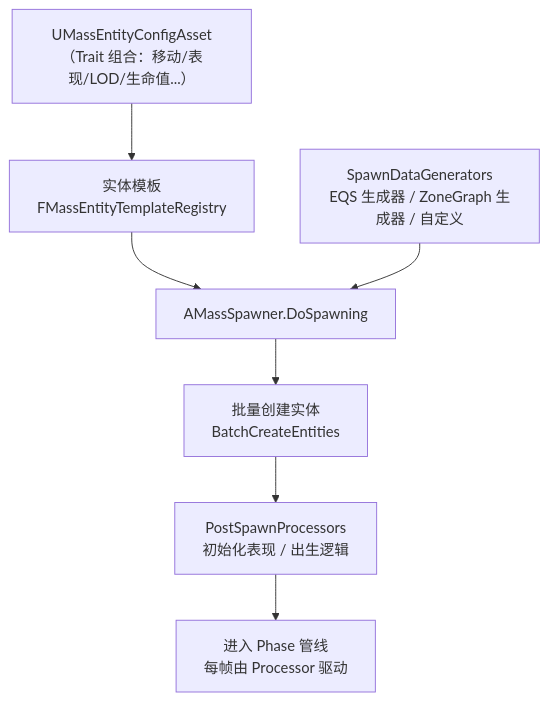
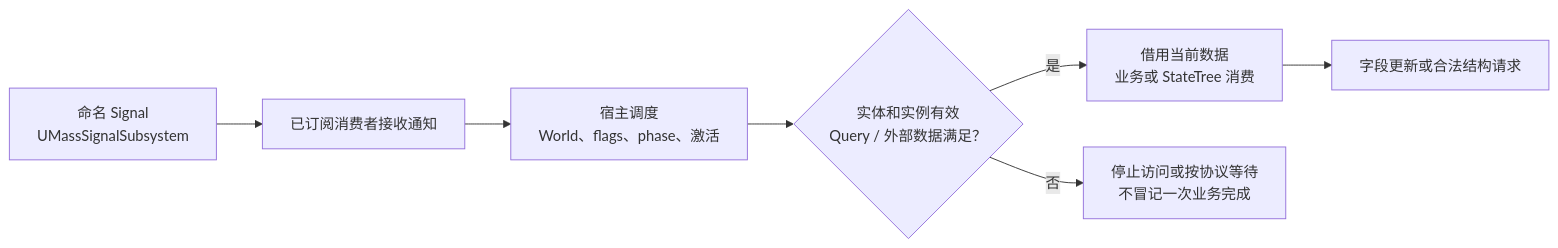
The fourth of 5 diagrams in 知识/06-游戏AI/导航移动与群体协同/04-Mass实体框架与群集模拟.md (fantuan812/learning), drawn with Mermaid before and after one commit. The commit also changed other lines of this file and 1 other file, not shown here.

````diff
--- a/知识/06-游戏AI/导航移动与群体协同/04-Mass实体框架与群集模拟.md
+++ b/知识/06-游戏AI/导航移动与群体协同/04-Mass实体框架与群集模拟.md
@@ -292,9 +453,9 @@
 ```mermaid
-flowchart TD
-    A["UMassEntityConfigAsset<br/>（Trait 组合：移动/表现/LOD/生命值...）"] --> B["实体模板<br/>FMassEntityTemplateRegistry"]
-    B --> C["AMassSpawner.DoSpawning"]
-    D["SpawnDataGenerators<br/>EQS 生成器 / ZoneGraph 生成器 / 自定义"] --> C
-    C --> E["批量创建实体<br/>BatchCreateEntities"]
-    E --> F["PostSpawnProcessors<br/>初始化表现 / 出生逻辑"]
-    F --> G["进入 Phase 管线<br/>每帧由 Processor 驱动"]
+flowchart LR
+    S["命名 Signal<br/>UMassSignalSubsystem"] --> R["已订阅消费者接收通知"]
+    R --> D["宿主调度<br/>World、flags、phase、激活"]
+    D --> Q{"实体和实例有效<br/>Query / 外部数据满足？"}
+    Q -->|是| C["借用当前数据<br/>业务或 StateTree 消费"]
+    Q -->|否| X["停止访问或按协议等待<br/>不冒记一次业务完成"]
+    C --> F["字段更新或合法结构请求"]
 ```
````
